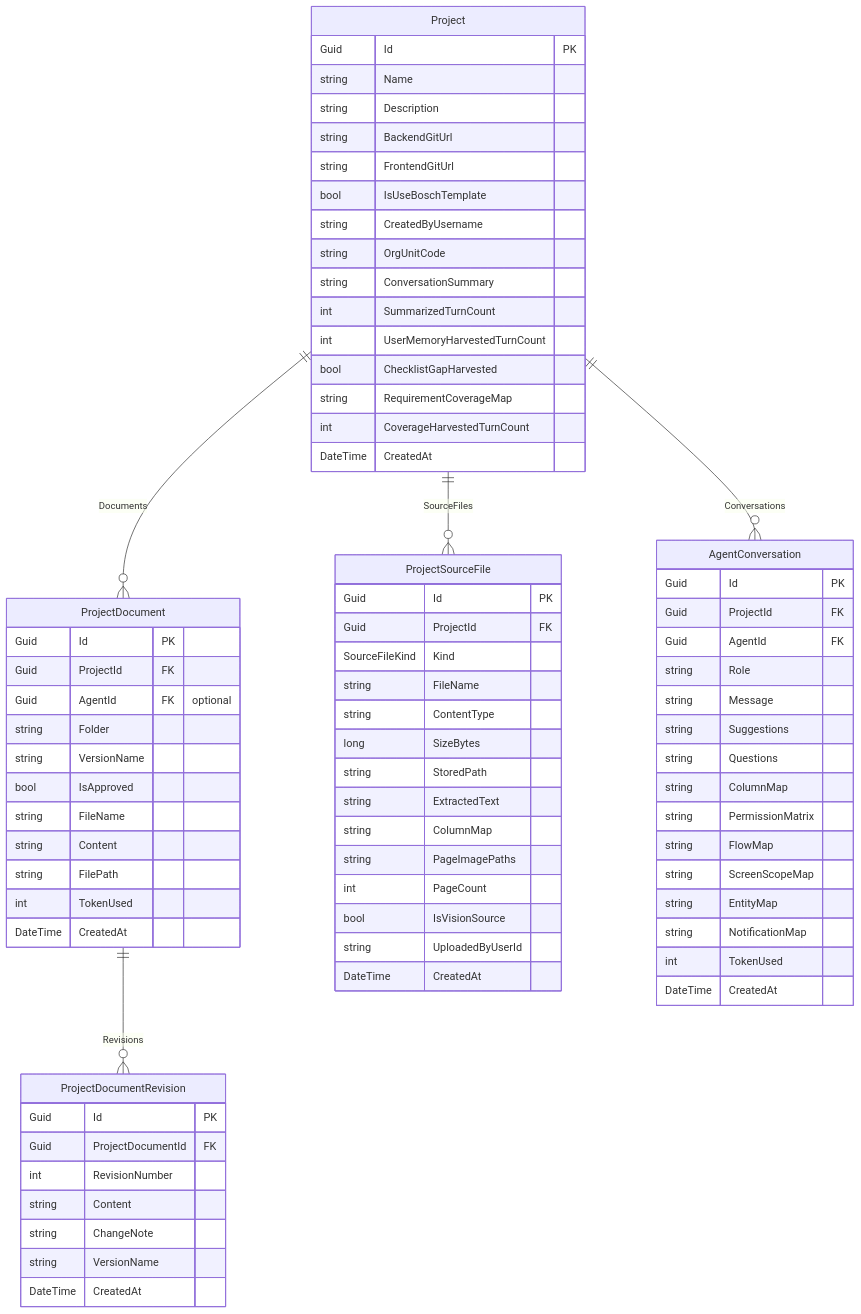
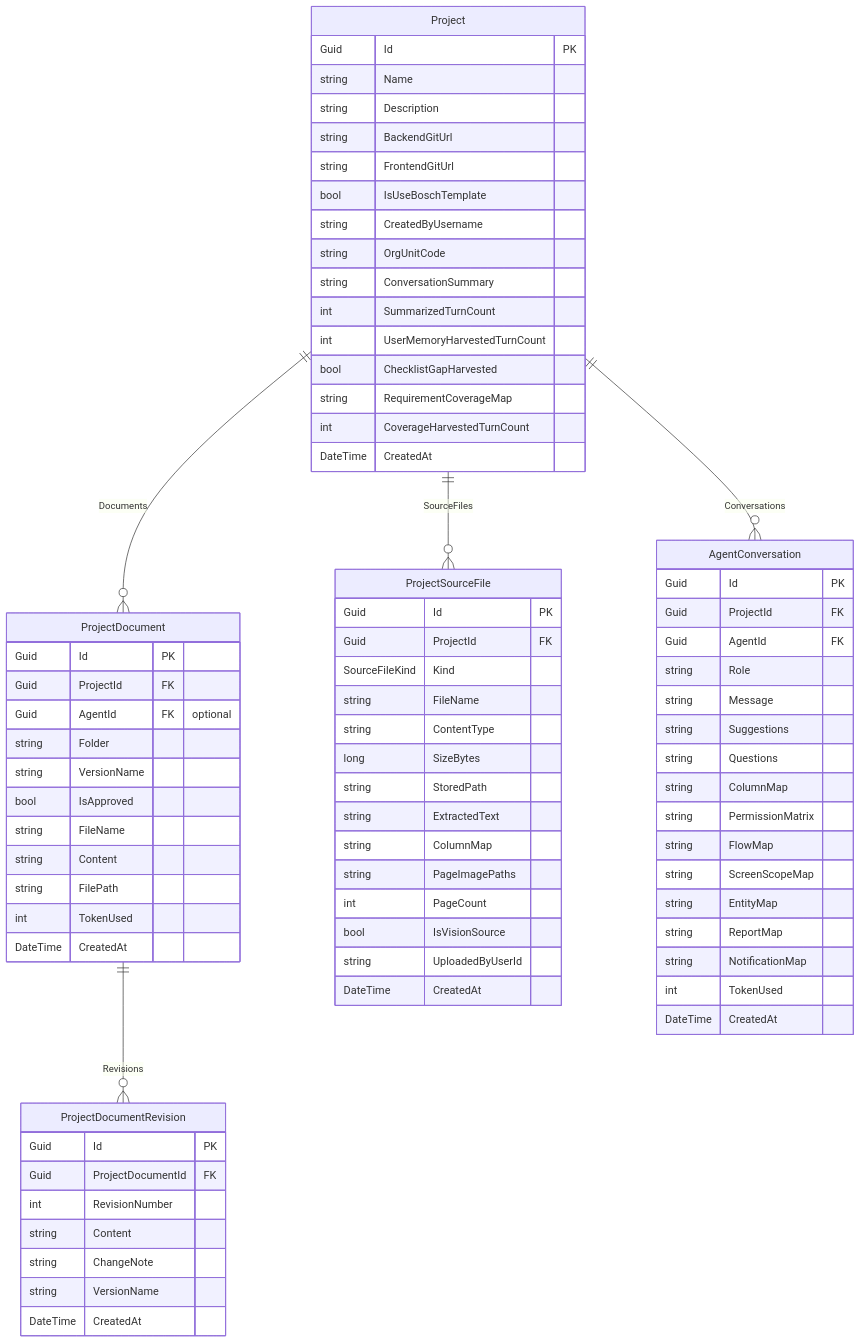
One commit to Songlong0506/ICOGenerator-v4 changed the second of 9 diagrams in docs/data-model.md. Above: the diagram before and after it, drawn with Mermaid. The commit also changed other lines of this file and 33 other files, not shown here.

```diff
--- a/docs/data-model.md
+++ b/docs/data-model.md
@@ -166,6 +166,7 @@
         string FlowMap
         string ScreenScopeMap
         string EntityMap
+        string ReportMap
         string NotificationMap
         int TokenUsed
         DateTime CreatedAt
```
